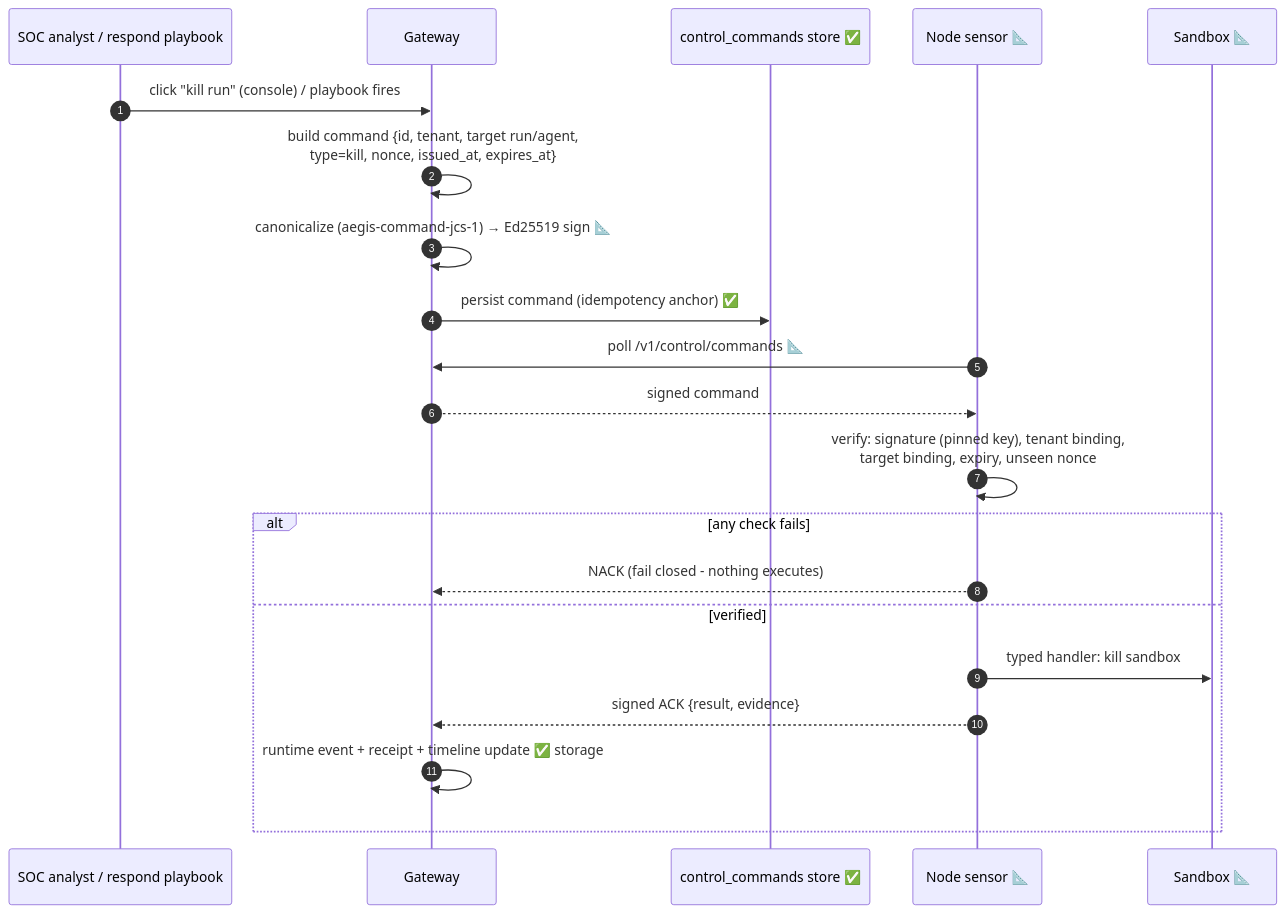
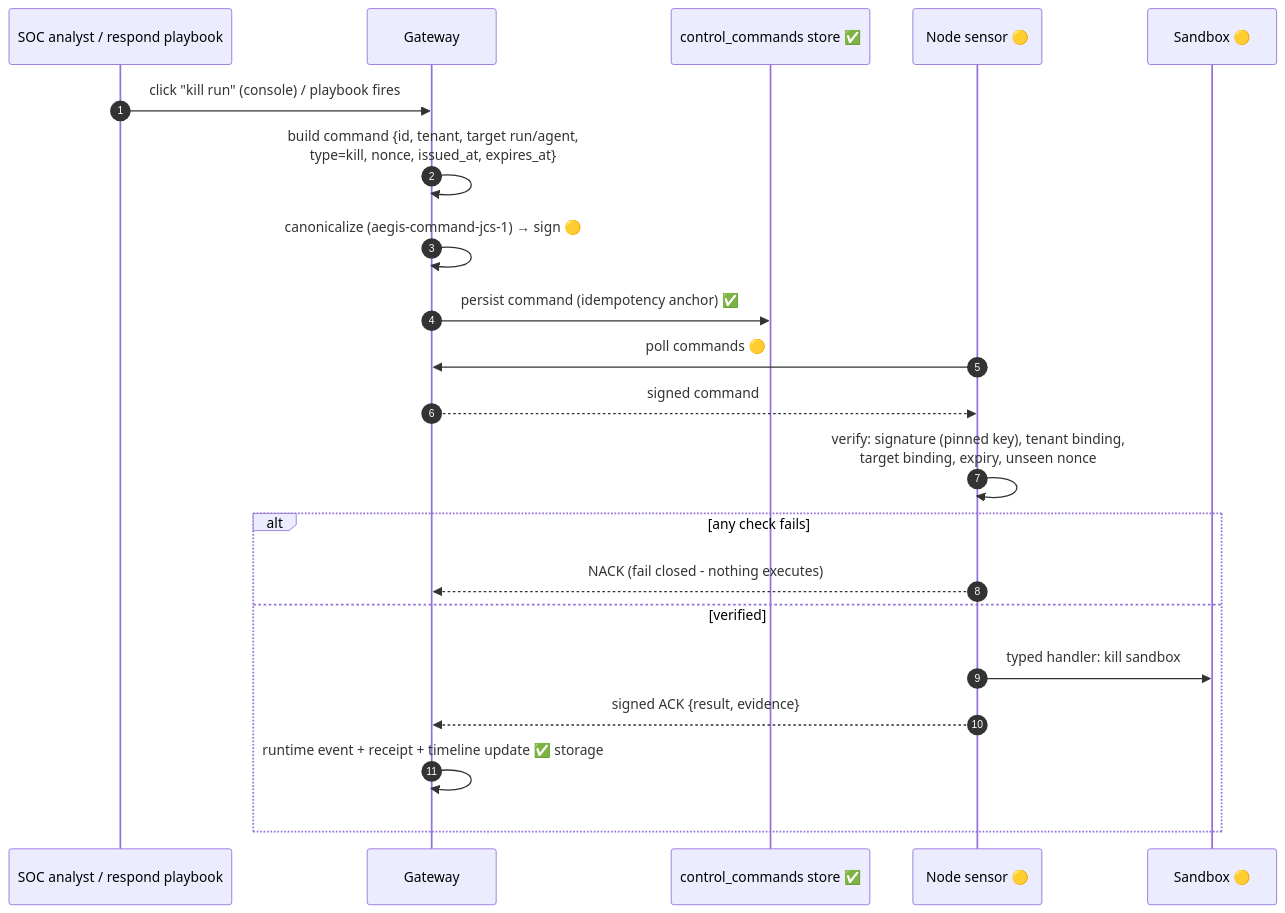
Before and after one commit to lavkushry/AegisAgent: the diagram in docs/flows/Control_Command_Flow.md, drawn with Mermaid. The commit also changed other lines of this file and 61 other files, not shown here.

````diff
--- a/docs/flows/Control_Command_Flow.md
+++ b/docs/flows/Control_Command_Flow.md
@@ -5,23 +5,23 @@
 ```mermaid
 sequenceDiagram
     autonumber
     participant A as SOC analyst / respond playbook
     participant GW as Gateway
     participant ST as control_commands store ✅
-    participant NS as Node sensor 📐
-    participant SB as Sandbox 📐
+    participant NS as Node sensor 🟡
+    participant SB as Sandbox 🟡
     A->>GW: click "kill run" (console) / playbook fires
     GW->>GW: build command {id, tenant, target run/agent,<br/>type=kill, nonce, issued_at, expires_at}
-    GW->>GW: canonicalize (aegis-command-jcs-1) → Ed25519 sign 📐
+    GW->>GW: canonicalize (aegis-command-jcs-1) → sign 🟡
     GW->>ST: persist command (idempotency anchor) ✅
-    NS->>GW: poll /v1/control/commands 📐
+    NS->>GW: poll commands 🟡
     GW-->>NS: signed command
     NS->>NS: verify: signature (pinned key), tenant binding,<br/>target binding, expiry, unseen nonce
     alt any check fails
         NS-->>GW: NACK (fail closed - nothing executes)
     else verified
         NS->>SB: typed handler: kill sandbox
         NS-->>GW: signed ACK {result, evidence}
         GW->>GW: runtime event + receipt + timeline update ✅ storage
     end
 ```
````
